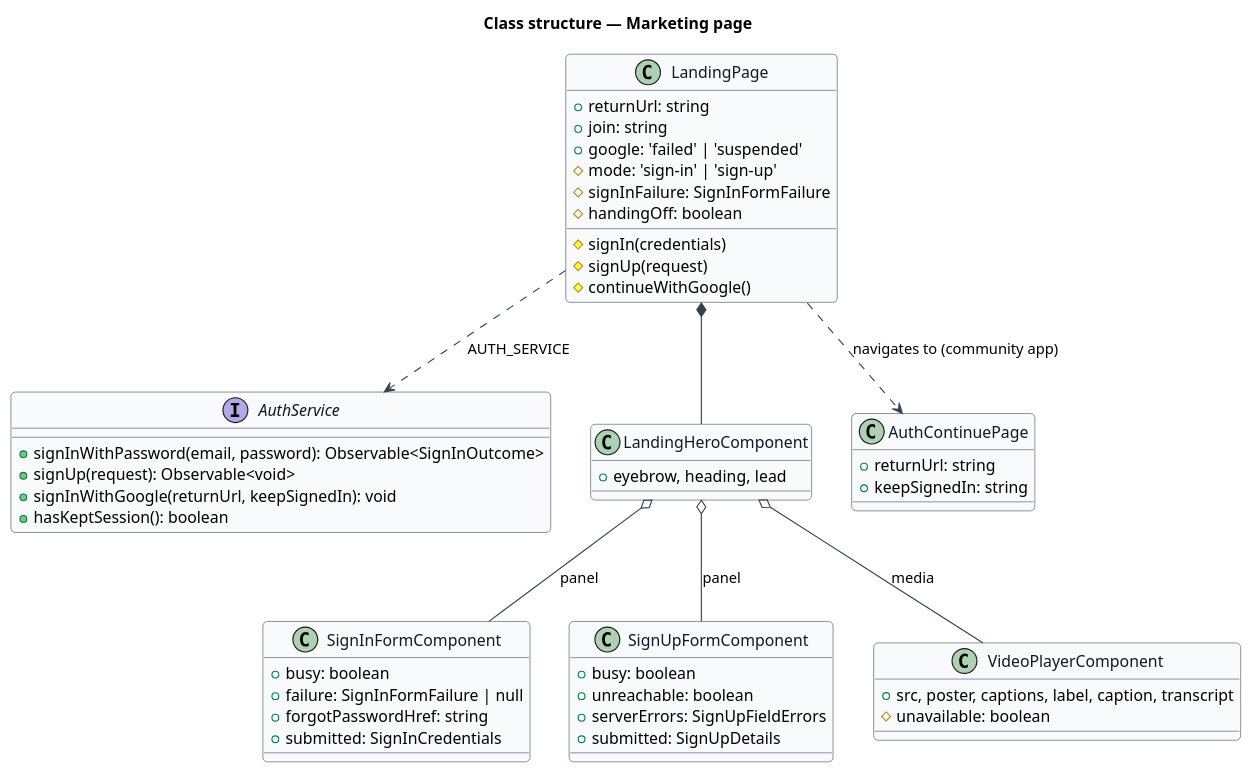
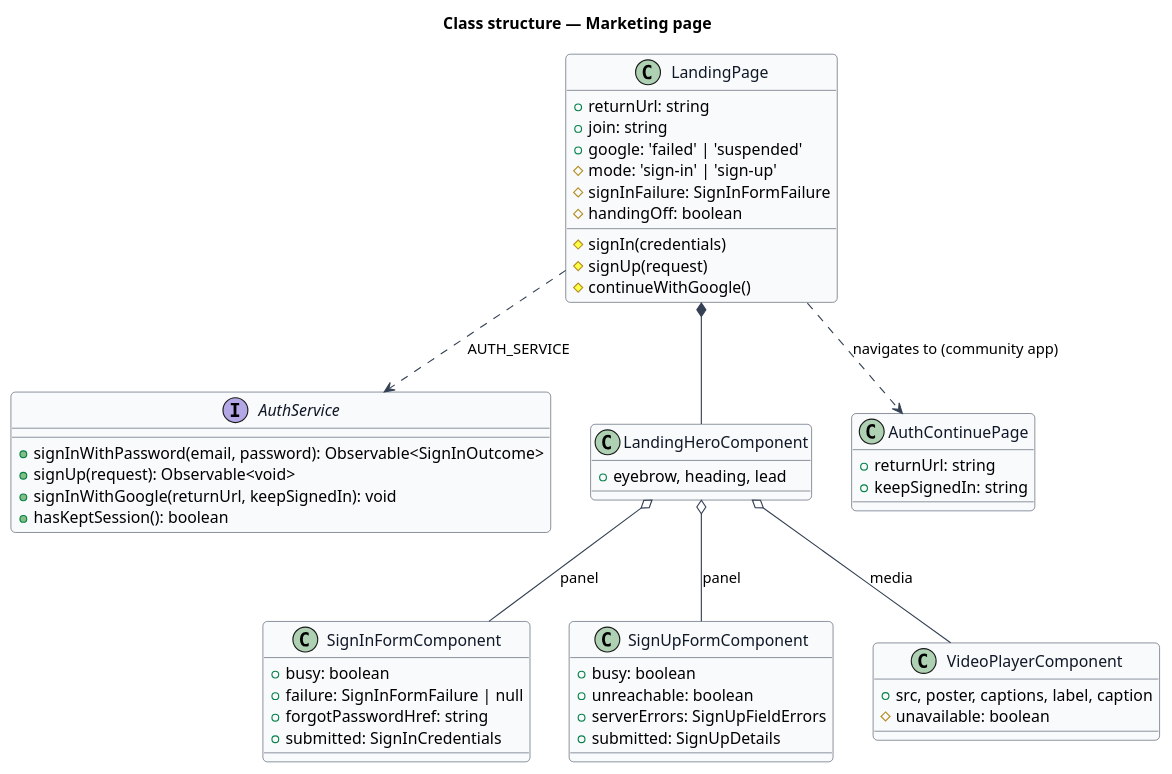
Before and after one commit to QuinntyneBrown/faithtech-community: the diagram in docs/detailed-designs/marketing/landing-page/diagrams/class-structure.puml, drawn with PlantUML. The commit also changed 34 other files, not shown here.

```diff
--- a/docs/detailed-designs/marketing/landing-page/diagrams/class-structure.puml
+++ b/docs/detailed-designs/marketing/landing-page/diagrams/class-structure.puml
@@ -1,60 +1,60 @@
 @startuml
 skinparam backgroundColor #FFFFFF
 skinparam shadowing false
 skinparam roundcorner 8
 skinparam defaultFontName Arial
 skinparam ArrowColor #344054
 skinparam class {
   BorderColor #344054
   FontColor #101828
   BackgroundColor #F9FAFB
 }
 title Class structure — Marketing page
 
 class LandingPage {
   +returnUrl: string
   +join: string
   +google: 'failed' | 'suspended'
   #mode: 'sign-in' | 'sign-up'
   #signInFailure: SignInFormFailure
   #handingOff: boolean
   #signIn(credentials)
   #signUp(request)
   #continueWithGoogle()
 }
 interface AuthService {
   +signInWithPassword(email, password): Observable<SignInOutcome>
   +signUp(request): Observable<void>
   +signInWithGoogle(returnUrl, keepSignedIn): void
   +hasKeptSession(): boolean
 }
 class SignInFormComponent {
   +busy: boolean
   +failure: SignInFormFailure | null
   +forgotPasswordHref: string
   +submitted: SignInCredentials
 }
 class SignUpFormComponent {
   +busy: boolean
   +unreachable: boolean
   +serverErrors: SignUpFieldErrors
   +submitted: SignUpDetails
 }
 class VideoPlayerComponent {
-  +src, poster, captions, label, caption, transcript
+  +src, poster, captions, label, caption
   #unavailable: boolean
 }
 class LandingHeroComponent {
   +eyebrow, heading, lead
 }
 class AuthContinuePage {
   +returnUrl: string
   +keepSignedIn: string
 }
 LandingPage ..> AuthService : AUTH_SERVICE
 LandingPage *-- LandingHeroComponent
 LandingHeroComponent o-- SignInFormComponent : panel
 LandingHeroComponent o-- SignUpFormComponent : panel
 LandingHeroComponent o-- VideoPlayerComponent : media
 LandingPage ..> AuthContinuePage : navigates to (community app)
 @enduml
```
